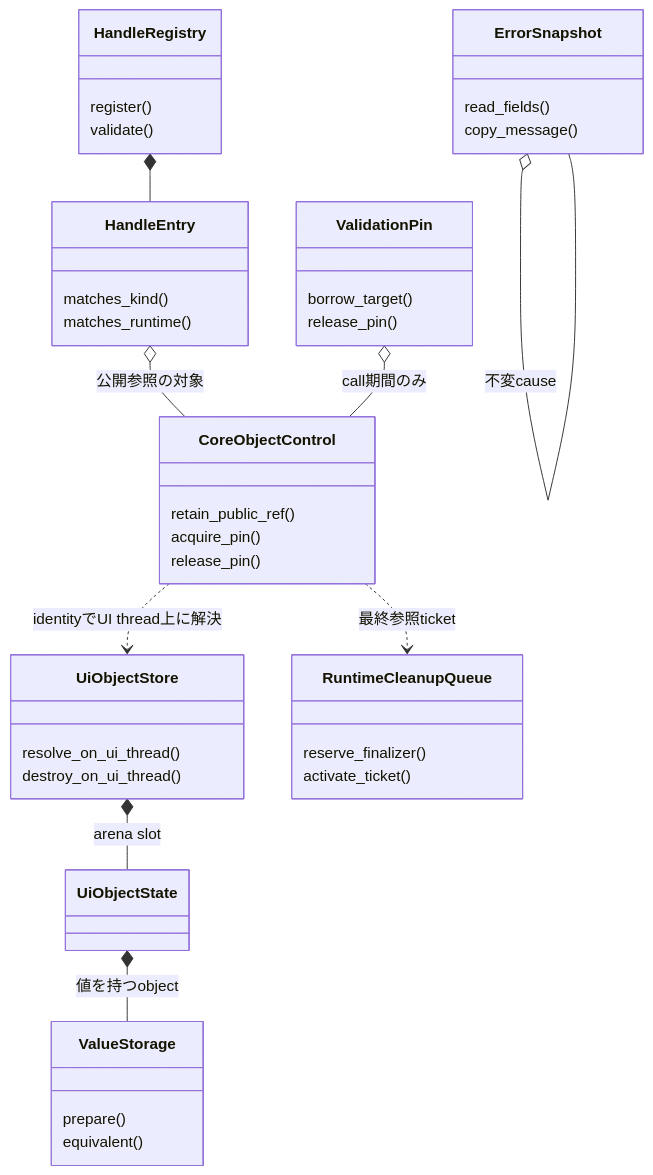
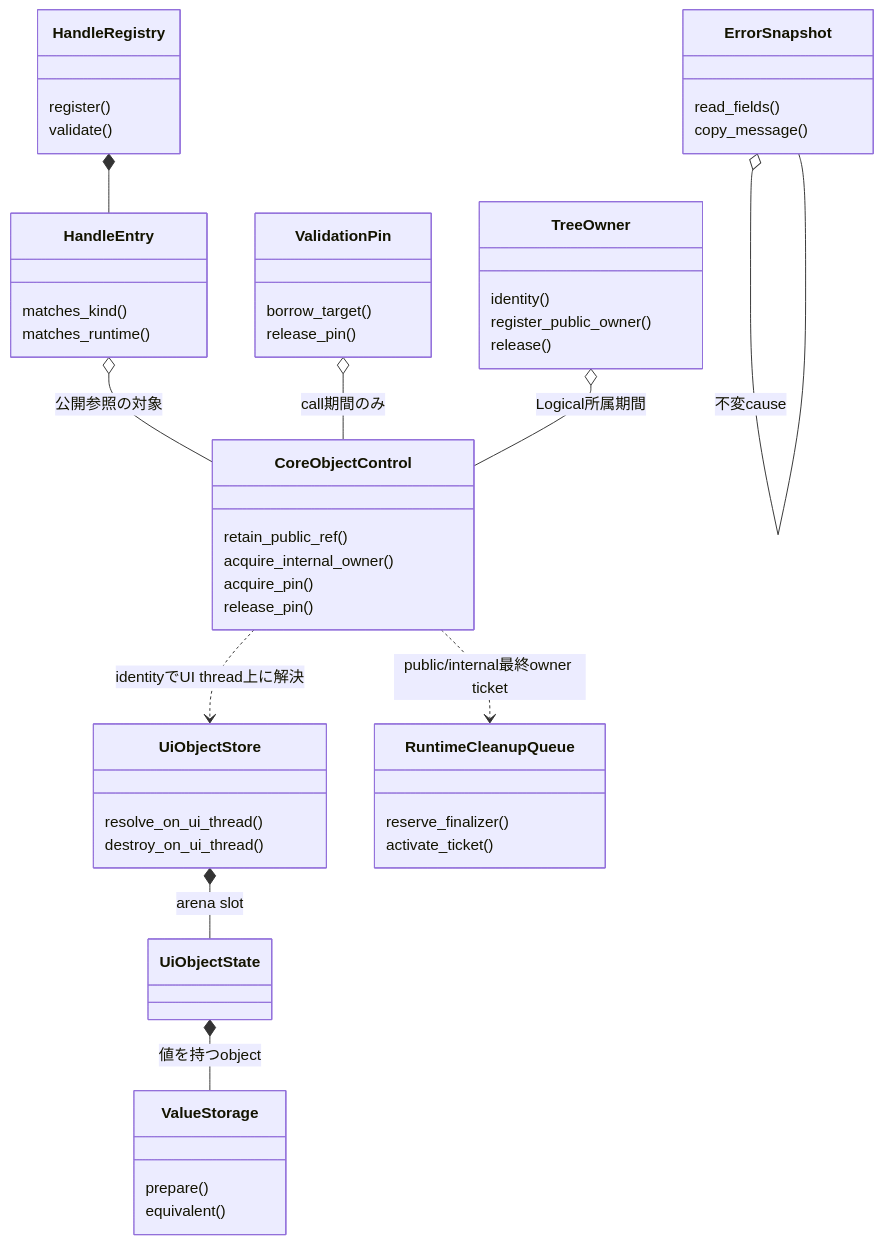
The fourth of 4 diagrams in .docs/13_detail_design/runtime-objects/objects-values.md (edamame-edame/freemvvm), drawn with Mermaid before and after one commit. The commit also changed other lines of this file and 3 other files, not shown here.

````diff
--- a/.docs/13_detail_design/runtime-objects/objects-values.md
+++ b/.docs/13_detail_design/runtime-objects/objects-values.md
@@ -272,46 +292,53 @@
 ```mermaid
 classDiagram
     direction TB
     class HandleRegistry {
         register()
         validate()
     }
     class HandleEntry {
         matches_kind()
         matches_runtime()
     }
     class ValidationPin {
         borrow_target()
         release_pin()
     }
+    class TreeOwner {
+        identity()
+        register_public_owner()
+        release()
+    }
     class CoreObjectControl {
         retain_public_ref()
+        acquire_internal_owner()
         acquire_pin()
         release_pin()
     }
     class UiObjectStore {
         resolve_on_ui_thread()
         destroy_on_ui_thread()
     }
     class UiObjectState
     class RuntimeCleanupQueue {
         reserve_finalizer()
         activate_ticket()
     }
     class ValueStorage {
         prepare()
         equivalent()
     }
     class ErrorSnapshot {
         read_fields()
         copy_message()
     }
     HandleRegistry *-- HandleEntry
     HandleEntry o-- CoreObjectControl : 公開参照の対象
     ValidationPin o-- CoreObjectControl : call期間のみ
+    TreeOwner o-- CoreObjectControl : Logical所属期間
     CoreObjectControl ..> UiObjectStore : identityでUI thread上に解決
-    CoreObjectControl ..> RuntimeCleanupQueue : 最終参照ticket
+    CoreObjectControl ..> RuntimeCleanupQueue : public/internal最終owner ticket
     UiObjectStore *-- UiObjectState : arena slot
     UiObjectState *-- ValueStorage : 値を持つobject
     ErrorSnapshot o-- ErrorSnapshot : 不変cause
 ```
````
